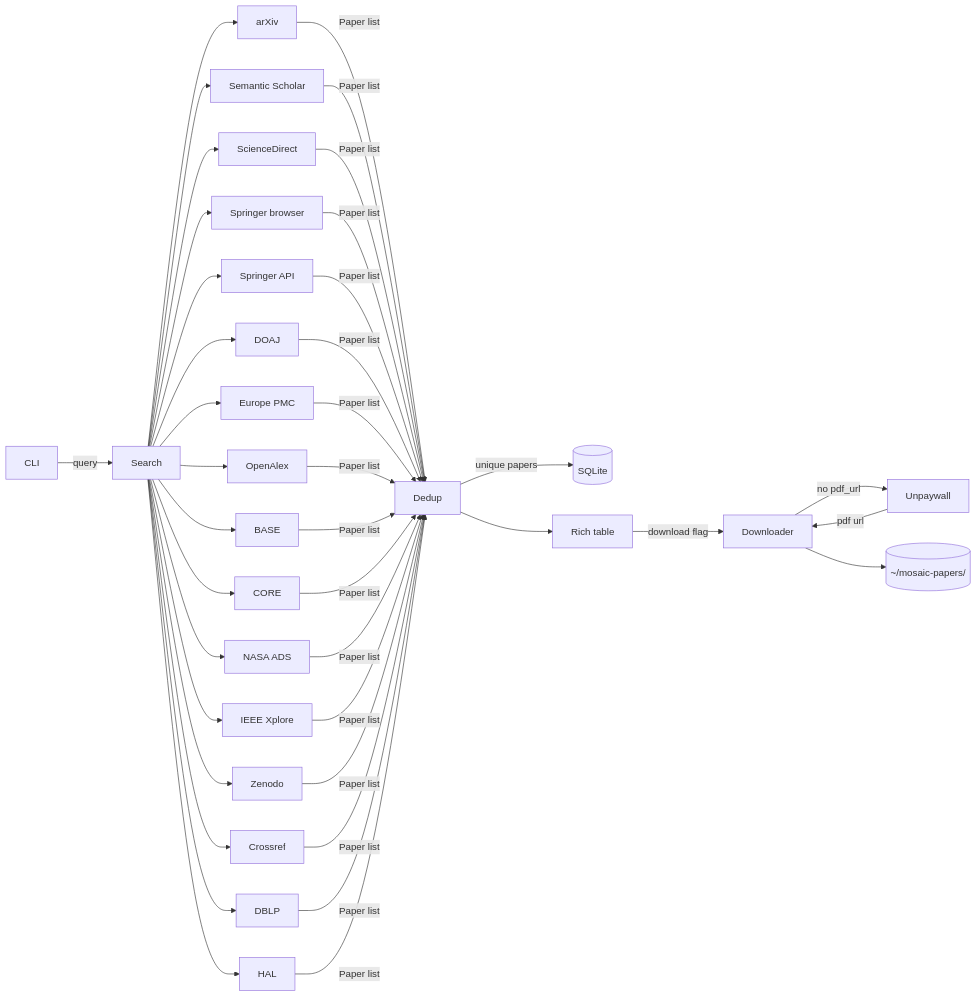
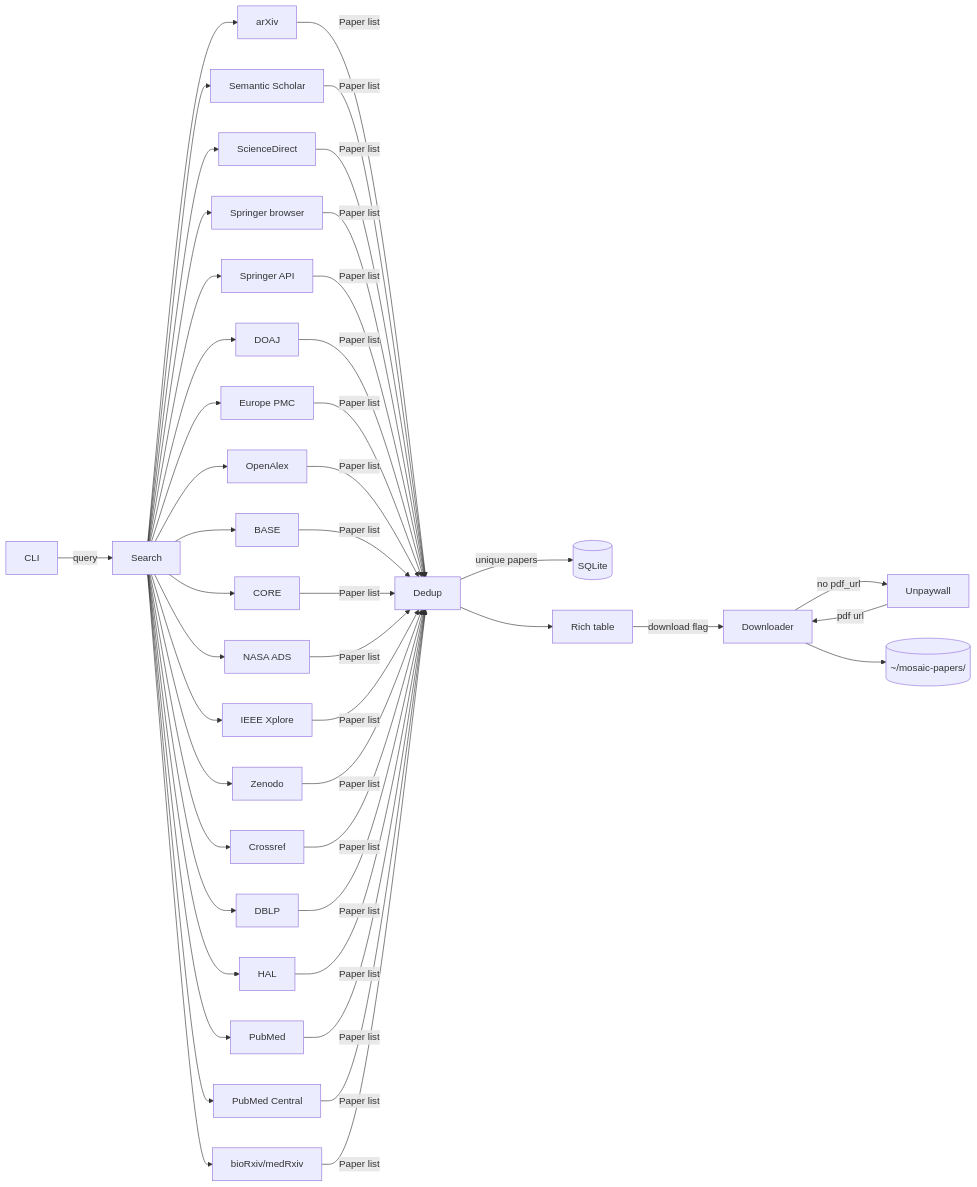
One commit to szaghi/mosaic changed the diagram in docs/index.md. Above: the diagram before and after it, drawn with Mermaid. The commit also changed other lines of this file and 11 other files, not shown here.

First line of the commit message:
feat(sources): add bioRxiv/medRxiv preprint source

````diff
--- a/docs/index.md
+++ b/docs/index.md
@@ -60,12 +60,12 @@
 ```mermaid
 flowchart LR
     CLI -->|query| Search
-    Search --> arXiv & SS[Semantic Scholar] & SD[ScienceDirect] & SP[Springer browser] & SPN[Springer API] & DOAJ & EPMC[Europe PMC] & OA[OpenAlex] & BASE & CORE & ADS[NASA ADS] & IEEE[IEEE Xplore] & ZEN[Zenodo] & CR[Crossref] & DBLP[DBLP] & HAL[HAL]
-    arXiv & SS & SD & SP & SPN & DOAJ & EPMC & OA & BASE & CORE & ADS & IEEE & ZEN & CR & DBLP & HAL -->|Paper list| Dedup
+    Search --> arXiv & SS[Semantic Scholar] & SD[ScienceDirect] & SP[Springer browser] & SPN[Springer API] & DOAJ & EPMC[Europe PMC] & OA[OpenAlex] & BASE & CORE & ADS[NASA ADS] & IEEE[IEEE Xplore] & ZEN[Zenodo] & CR[Crossref] & DBLP[DBLP] & HAL[HAL] & PM[PubMed] & PMC[PubMed Central] & RXV[bioRxiv/medRxiv]
+    arXiv & SS & SD & SP & SPN & DOAJ & EPMC & OA & BASE & CORE & ADS & IEEE & ZEN & CR & DBLP & HAL & PM & PMC & RXV -->|Paper list| Dedup
     Dedup -->|unique papers| Cache[(SQLite)]
     Dedup --> Table[Rich table]
     Table -->|download flag| DL[Downloader]
     DL -->|no pdf_url| UPW[Unpaywall]
     UPW -->|pdf url| DL
     DL --> Disk[(~/mosaic-papers/)]
 ```
````
